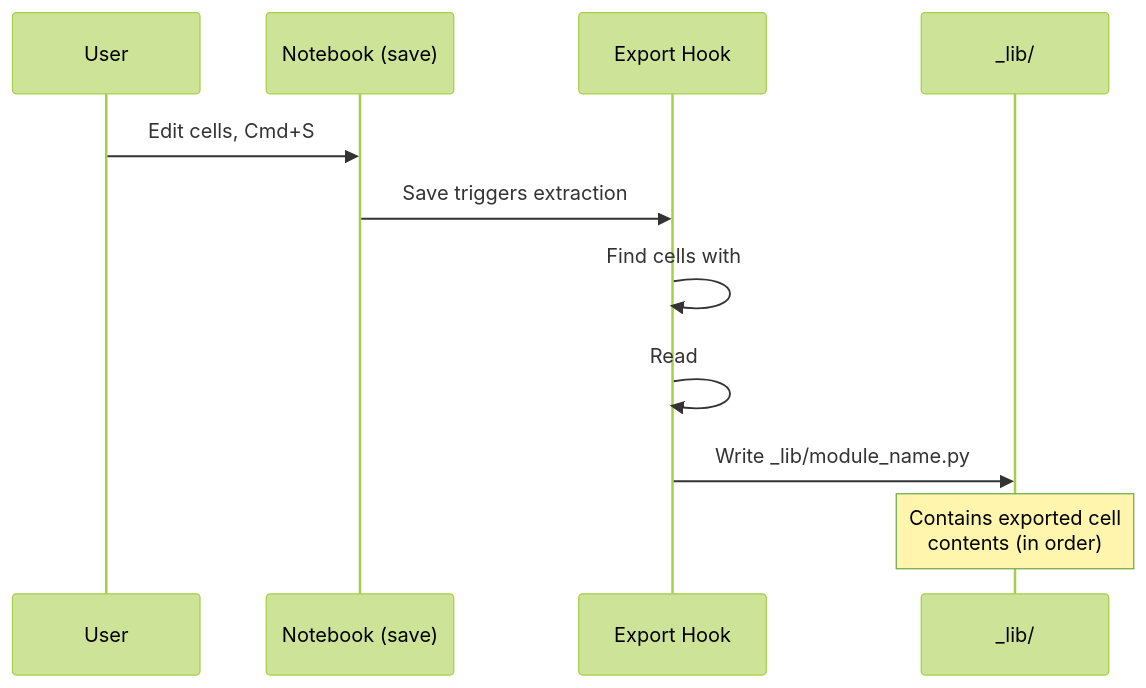
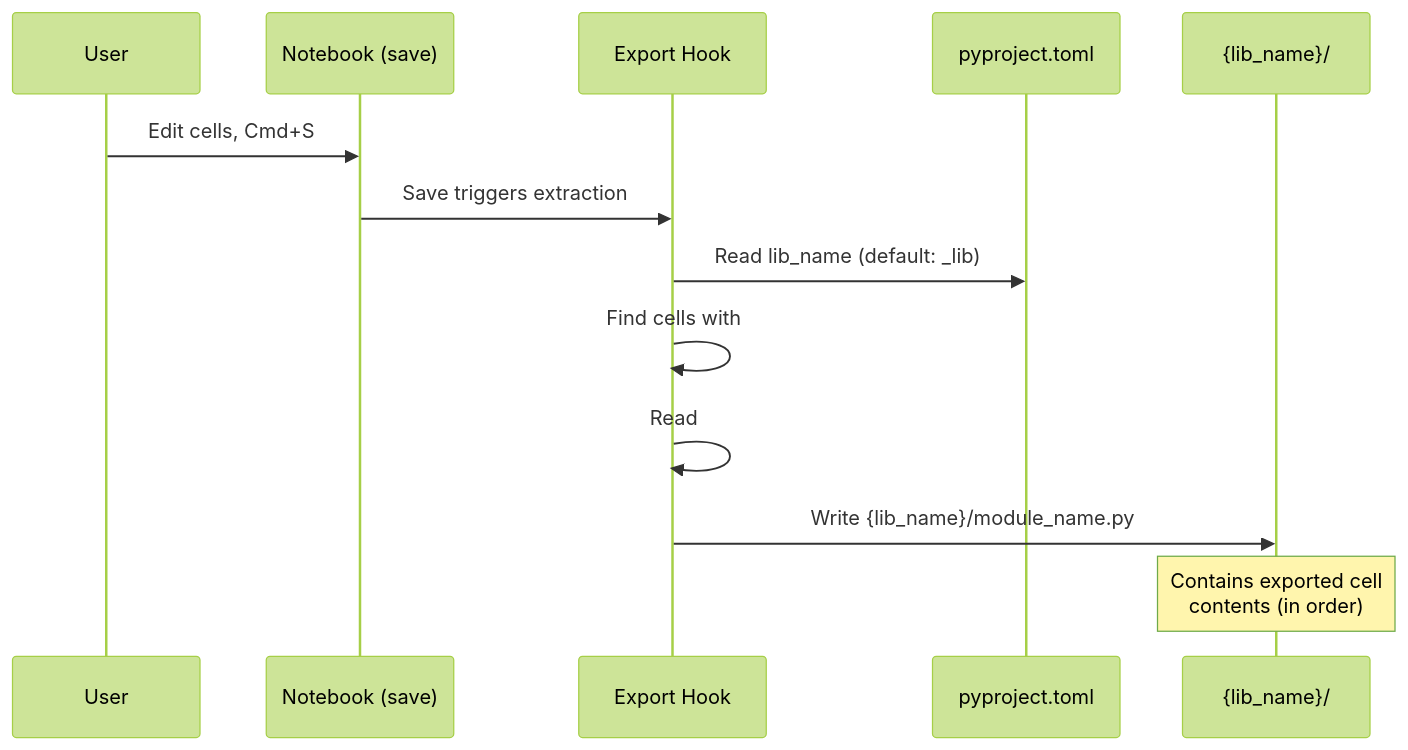
One commit to sgaseretto/solveish changed the third of 5 diagrams in docs/guides/notebook_to_package.md. Above: the diagram before and after it, drawn with Mermaid (forest theme). The commit also changed other lines of this file and 10 other files, not shown here.

````diff
--- a/docs/guides/notebook_to_package.md
+++ b/docs/guides/notebook_to_package.md
@@ -81,14 +109,16 @@
 ```mermaid
 sequenceDiagram
     participant U as User
     participant NB as Notebook (save)
     participant EX as Export Hook
-    participant LIB as _lib/
+    participant PT as pyproject.toml
+    participant LIB as {lib_name}/
 
     U->>NB: Edit cells, Cmd+S
     NB->>EX: Save triggers extraction
+    EX->>PT: Read lib_name (default: _lib)
     EX->>EX: Find cells with #| export
     EX->>EX: Read #| default_exp module_name
-    EX->>LIB: Write _lib/module_name.py
+    EX->>LIB: Write {lib_name}/module_name.py
     Note over LIB: Contains exported cell<br/>contents (in order)
 ```
````
